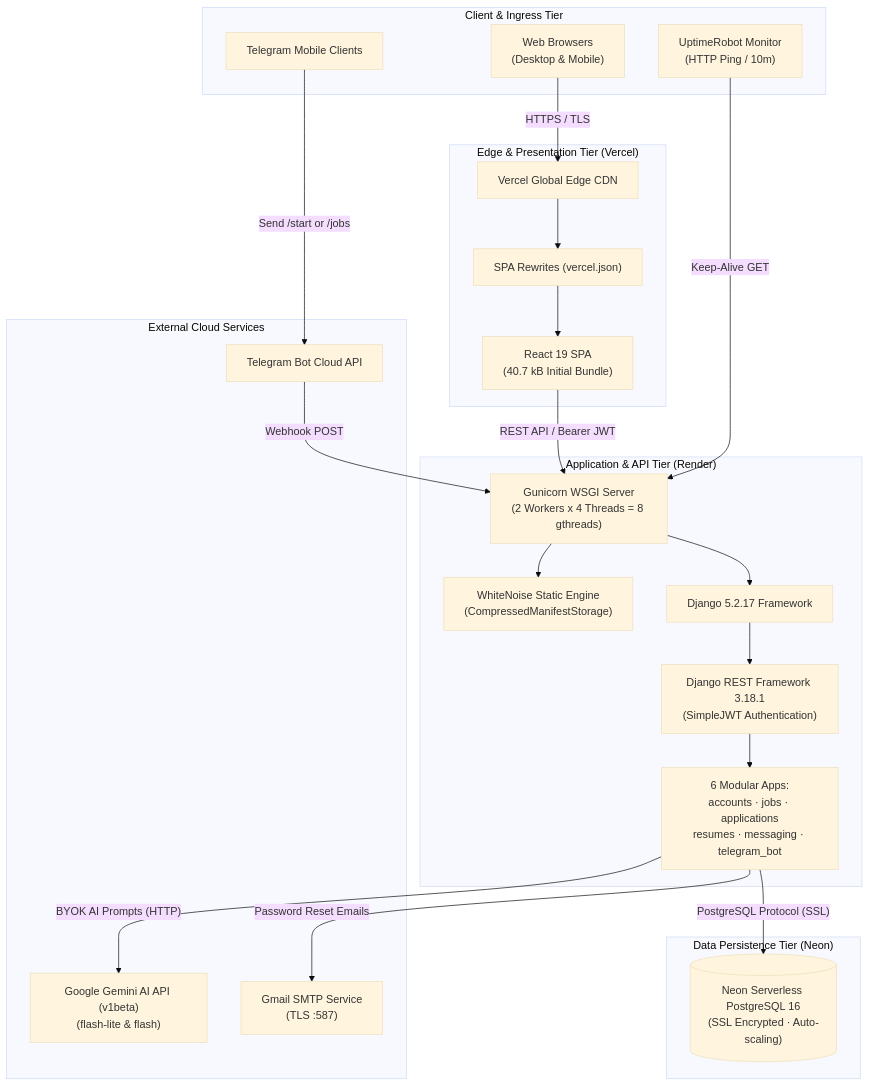
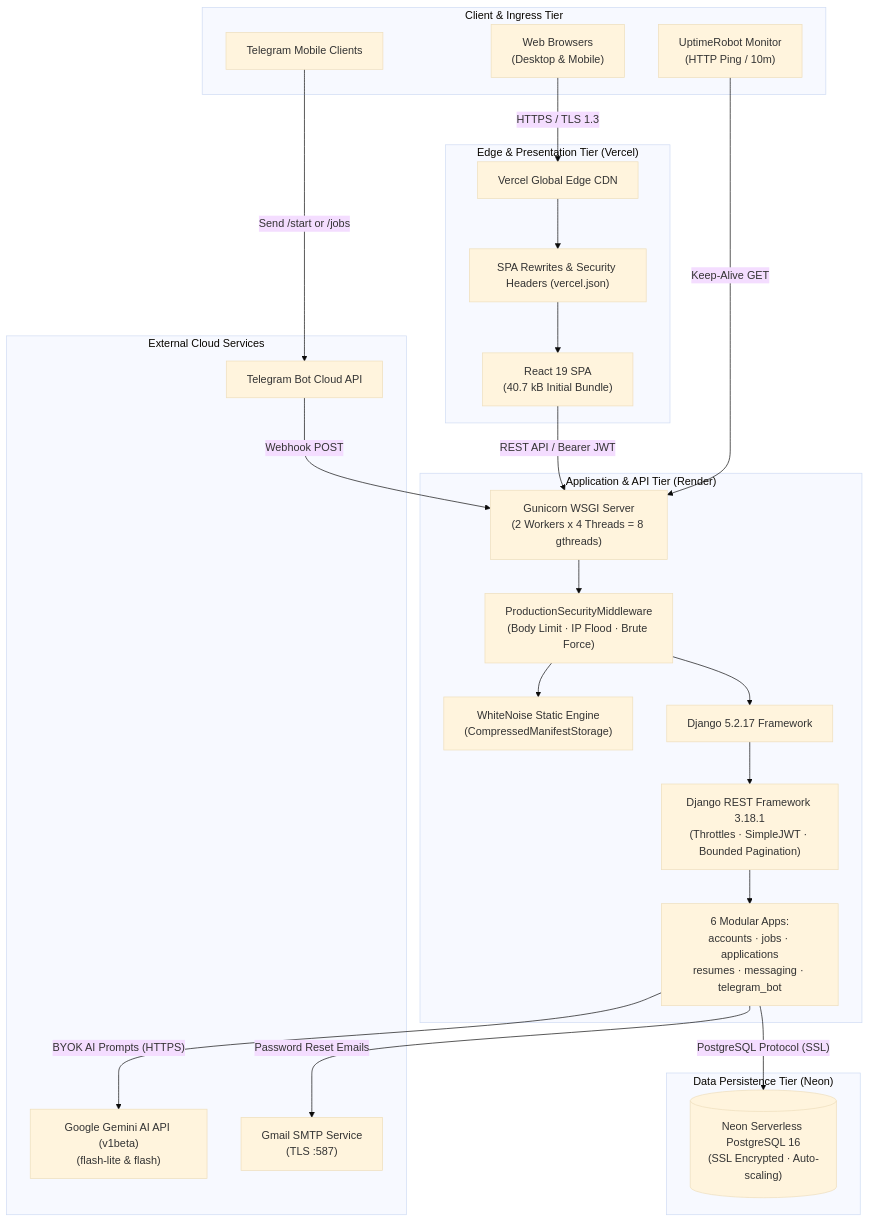
The first of 4 diagrams in docs/ARCHITECTURE.md (Laykimhoung/careerlens), drawn with Mermaid (base theme) before and after one commit. The commit also changed other lines of this file and 8 other files, not shown here.

````diff
--- a/docs/ARCHITECTURE.md
+++ b/docs/ARCHITECTURE.md
@@ -15,48 +15,49 @@
 ```mermaid
 flowchart TD
     subgraph ClientTier["Client & Ingress Tier"]
         BrowserClient["Web Browsers<br>(Desktop & Mobile)"]
         TelegramClient["Telegram Mobile Clients"]
         UptimeMonitor["UptimeRobot Monitor<br>(HTTP Ping / 10m)"]
     end
 
     subgraph EdgeTier["Edge & Presentation Tier (Vercel)"]
         VercelCDN["Vercel Global Edge CDN"]
-        VercelRules["SPA Rewrites (vercel.json)"]
+        VercelRules["SPA Rewrites & Security Headers (vercel.json)"]
         ReactApp["React 19 SPA<br>(40.7 kB Initial Bundle)"]
     end
 
     subgraph ComputeTier["Application & API Tier (Render)"]
         WSGIServer["Gunicorn WSGI Server<br>(2 Workers x 4 Threads = 8 gthreads)"]
+        SecurityMW["ProductionSecurityMiddleware<br>(Body Limit · IP Flood · Brute Force)"]
         WhiteNoiseEngine["WhiteNoise Static Engine<br>(CompressedManifestStorage)"]
         DjangoKernel["Django 5.2.17 Framework"]
-        DRFKernel["Django REST Framework 3.18.1<br>(SimpleJWT Authentication)"]
+        DRFKernel["Django REST Framework 3.18.1<br>(Throttles · SimpleJWT · Bounded Pagination)"]
         AppModules["6 Modular Apps:<br>accounts · jobs · applications<br>resumes · messaging · telegram_bot"]
     end
 
     subgraph DataTier["Data Persistence Tier (Neon)"]
         NeonDB[("Neon Serverless PostgreSQL 16<br>(SSL Encrypted · Auto-scaling)")]
     end
 
     subgraph IntegrationTier["External Cloud Services"]
         TelegramCloud["Telegram Bot Cloud API"]
         GeminiCloud["Google Gemini AI API (v1beta)<br>(flash-lite & flash)"]
         SMTPGateway["Gmail SMTP Service<br>(TLS :587)"]
     end
 
-    BrowserClient -->|"HTTPS / TLS"| VercelCDN
+    BrowserClient -->|"HTTPS / TLS 1.3"| VercelCDN
     VercelCDN --> VercelRules --> ReactApp
     ReactApp -->|"REST API / Bearer JWT"| WSGIServer
 
     TelegramClient -->|"Send /start or /jobs"| TelegramCloud
     TelegramCloud -->|"Webhook POST"| WSGIServer
 
     UptimeMonitor -->|"Keep-Alive GET"| WSGIServer
 
-    WSGIServer --> WhiteNoiseEngine
-    WSGIServer --> DjangoKernel --> DRFKernel --> AppModules
+    WSGIServer --> SecurityMW --> WhiteNoiseEngine
+    SecurityMW --> DjangoKernel --> DRFKernel --> AppModules
 
     AppModules -->|"PostgreSQL Protocol (SSL)"| NeonDB
-    AppModules -->|"BYOK AI Prompts (HTTP)"| GeminiCloud
+    AppModules -->|"BYOK AI Prompts (HTTPS)"| GeminiCloud
     AppModules -->|"Password Reset Emails"| SMTPGateway
 ```
````
